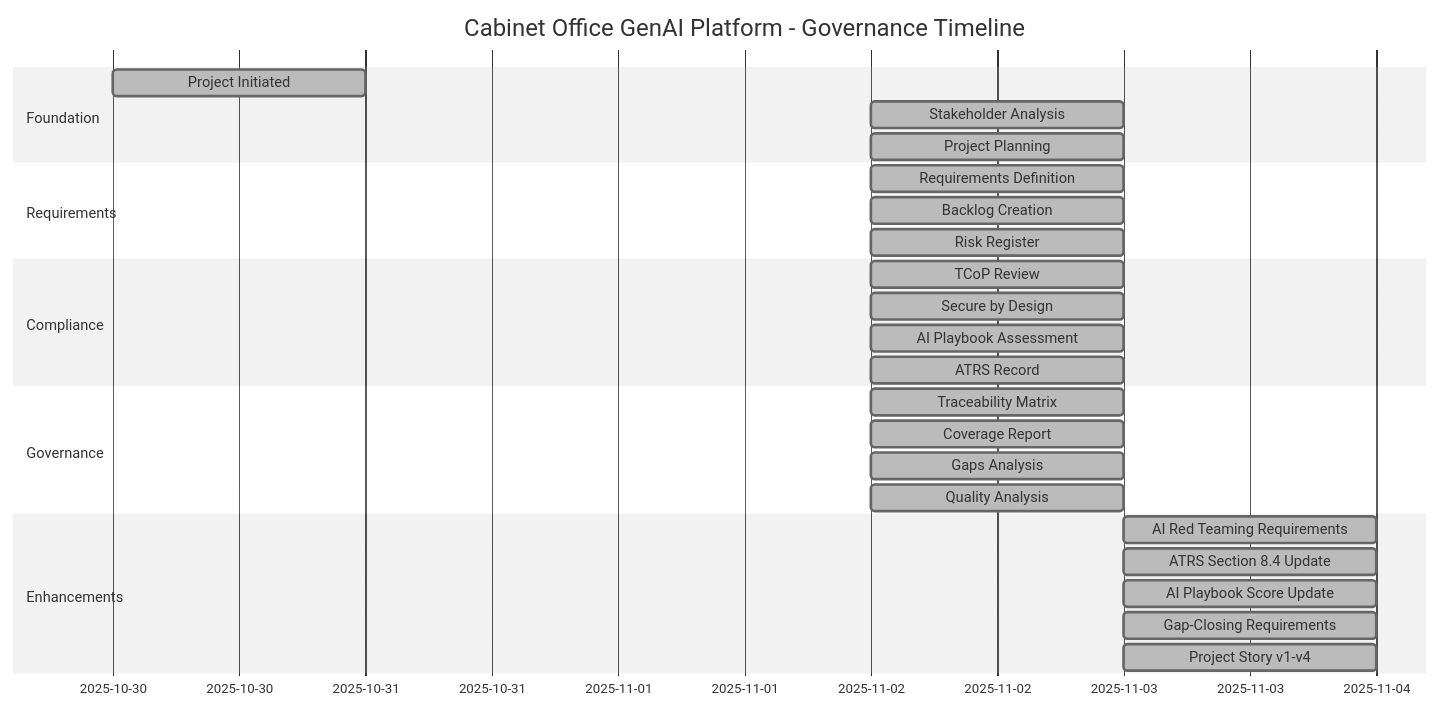
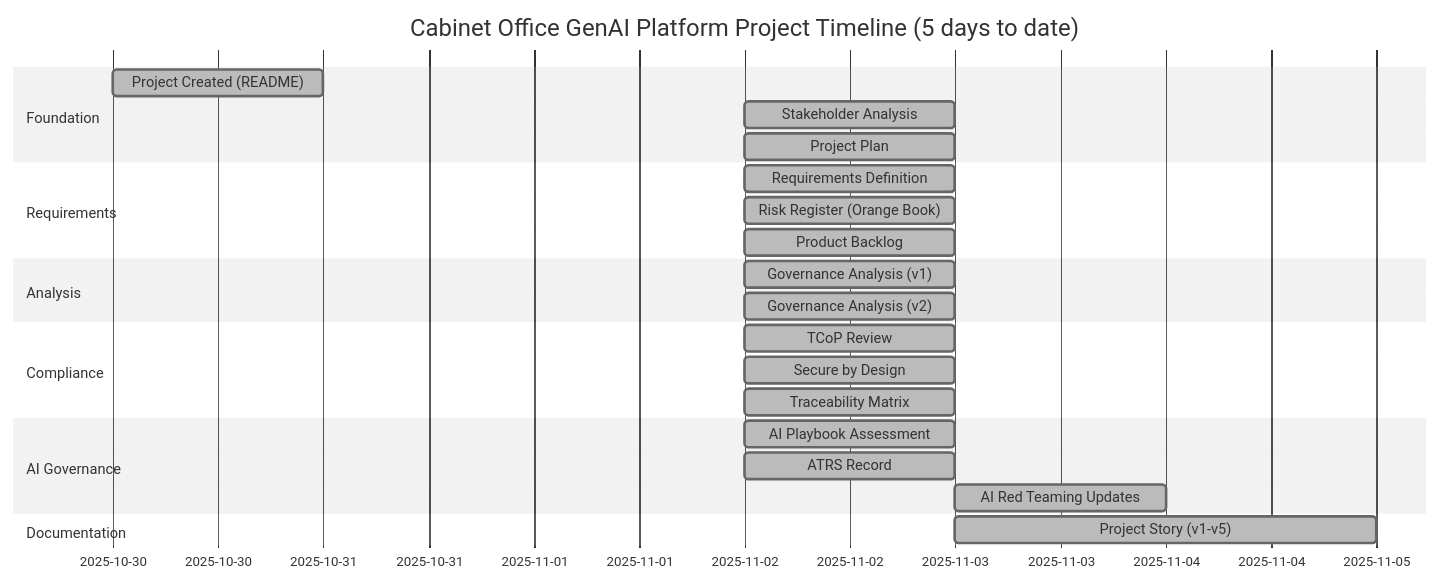
One commit to tractorjuice/arckit-test-project-v8-cabinet-office-genai changed the first of 3 diagrams in projects/001-cabinet-office-genai/PROJECT-STORY.md. Above: the diagram before and after it, drawn with Mermaid (neutral theme). The commit also changed other lines of this file, not shown here.

First line of the commit message:
feat: PROJECT-STORY.md v5.0 - regenerated with fixed template for GitHub-compatible Mermaid syntax

````diff
--- a/projects/001-cabinet-office-genai/PROJECT-STORY.md
+++ b/projects/001-cabinet-office-genai/PROJECT-STORY.md
@@ -66,34 +67,32 @@
 ```mermaid
 gantt
-    title Cabinet Office GenAI Platform - Governance Timeline
+    title Cabinet Office GenAI Platform Project Timeline (5 days to date)
     dateFormat YYYY-MM-DD
 
     section Foundation
-    Project Initiated              :done, init, 2025-10-30, 1d
+    Project Created (README)         :done, readme, 2025-10-30, 1d
     Stakeholder Analysis           :done, stakeholders, 2025-11-02, 1d
-    Project Planning               :done, plan, 2025-11-02, 1d
+    Project Plan                   :done, plan, 2025-11-02, 1d
 
     section Requirements
     Requirements Definition        :done, req, 2025-11-02, 1d
-    Backlog Creation              :done, backlog, 2025-11-02, 1d
-    Risk Register                 :done, risk, 2025-11-02, 1d
+    Risk Register (Orange Book)    :done, risk, 2025-11-02, 1d
+    Product Backlog               :done, backlog, 2025-11-02, 1d
+
+    section Analysis
+    Governance Analysis (v1)      :done, analyze1, 2025-11-02, 1d
+    Governance Analysis (v2)      :done, analyze2, 2025-11-02, 1d
 
     section Compliance
     TCoP Review                   :done, tcop, 2025-11-02, 1d
-    Secure by Design              :done, secure, 2025-11-02, 1d
-    AI Playbook Assessment        :done, aiplaybook, 2025-11-02, 1d
-    ATRS Record                   :done, atrs, 2025-11-02, 1d
+    Secure by Design             :done, secure, 2025-11-02, 1d
+    Traceability Matrix          :done, trace, 2025-11-02, 1d
 
-    section Governance
-    Traceability Matrix           :done, trace, 2025-11-02, 1d
-    Coverage Report              :done, coverage, 2025-11-02, 1d
-    Gaps Analysis                :done, gaps, 2025-11-02, 1d
-    Quality Analysis             :done, analyze, 2025-11-02, 1d
+    section AI Governance
+    AI Playbook Assessment       :done, aiplaybook, 2025-11-02, 1d
+    ATRS Record                  :done, atrs, 2025-11-02, 1d
+    AI Red Teaming Updates       :done, redteam, 2025-11-03, 1d
 
-    section Enhancements
-    AI Red Teaming Requirements   :done, redteam, 2025-11-03, 1d
-    ATRS Section 8.4 Update      :done, atrsupd1, 2025-11-03, 1d
-    AI Playbook Score Update     :done, aipbupd1, 2025-11-03, 1d
-    Gap-Closing Requirements     :done, gapreqs, 2025-11-03, 1d
-    Project Story v1-v4          :done, story, 2025-11-03, 1d
+    section Documentation
+    Project Story (v1-v5)        :done, story, 2025-11-03, 2d
 ```
````
